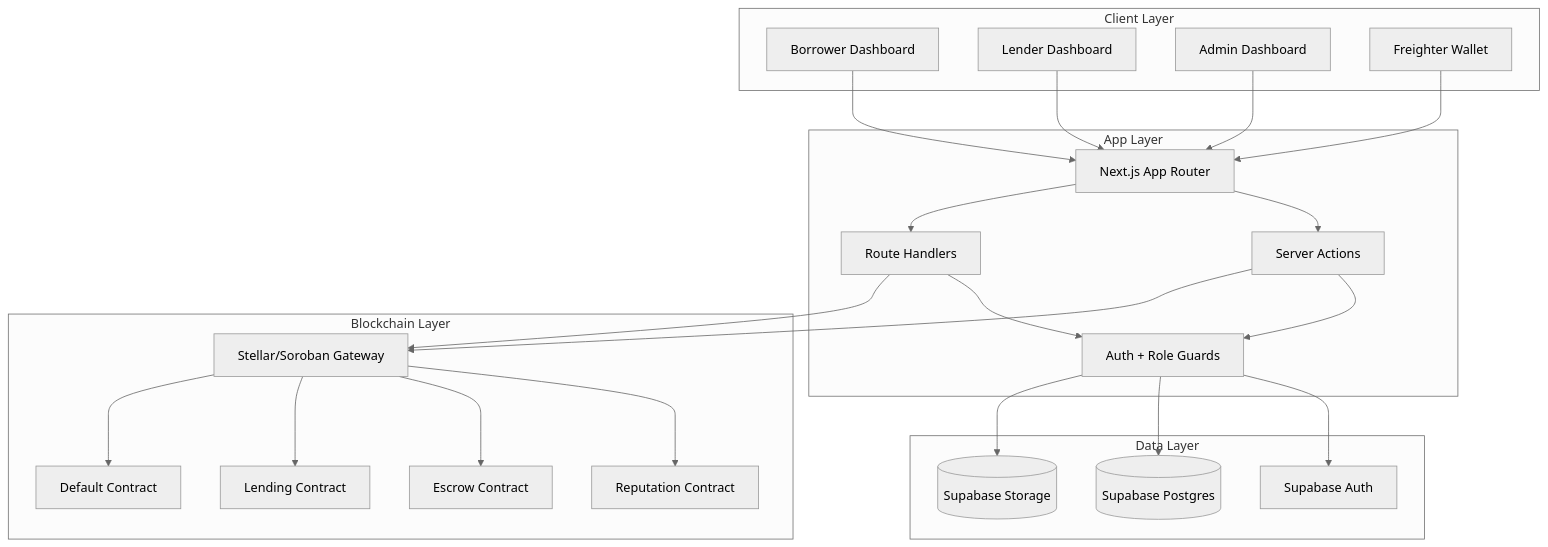
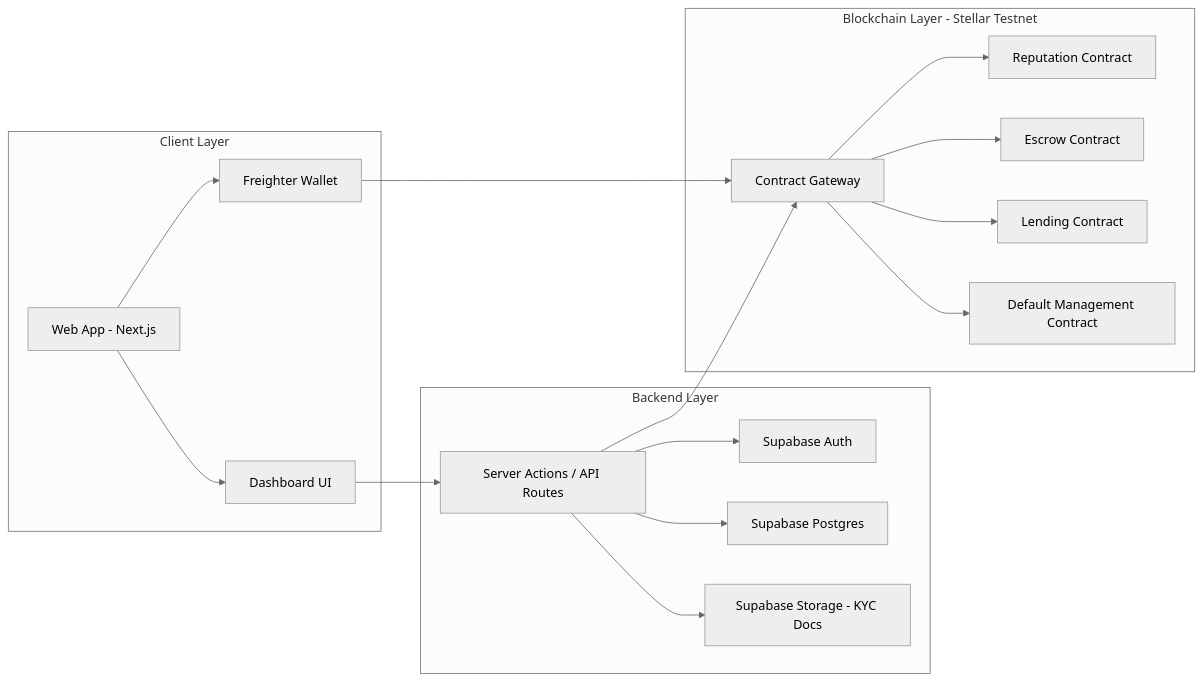
The third of 3 diagrams in README.md (thisisouvik/trustlend-stellar), drawn with Mermaid (neutral theme) before and after one commit. The commit also changed other lines of this file, not shown here.

````diff
--- a/README.md
+++ b/README.md
@@ -87,52 +302,36 @@
 ```mermaid
-graph TB
-    subgraph "Client Layer"
-        Borrower[Borrower Dashboard]
-        Lender[Lender Dashboard]
-        Admin[Admin Dashboard]
-        Wallet[Freighter Wallet]
-    end
+flowchart LR
+   subgraph Client[Client Layer]
+      A1[Web App - Next.js]
+      A2[Freighter Wallet]
+      A3[Dashboard UI]
+   end
 
-    subgraph "App Layer"
-        Next[Next.js App Router]
-        Actions[Server Actions]
-        API[Route Handlers]
-        Guards[Auth + Role Guards]
-    end
+   subgraph Backend[Backend Layer]
+      B0[Server Actions / API Routes]
+      B1[Supabase Auth]
+      B2[Supabase Postgres]
+      B3[Supabase Storage - KYC Docs]
+   end
 
-    subgraph "Data Layer"
-        Auth[Supabase Auth]
-        DB[(Supabase Postgres)]
-        Storage[(Supabase Storage)]
-    end
+   subgraph Chain[Blockchain Layer - Stellar Testnet]
+      C0[Contract Gateway]
+      C1[Reputation Contract]
+      C2[Escrow Contract]
+      C3[Lending Contract]
+      C4[Default Management Contract]
+   end
 
-    subgraph "Blockchain Layer"
-        Gateway[Stellar/Soroban Gateway]
-        Reputation[Reputation Contract]
-        Escrow[Escrow Contract]
-        Lending[Lending Contract]
-        Default[Default Contract]
-    end
-
-    Borrower --> Next
-    Lender --> Next
-    Admin --> Next
-    Wallet --> Next
-
-    Next --> Actions
-    Next --> API
-    Actions --> Guards
-    API --> Guards
-
-    Guards --> Auth
-    Guards --> DB
-    Guards --> Storage
-
-    API --> Gateway
-    Actions --> Gateway
-
-    Gateway --> Reputation
-    Gateway --> Escrow
-    Gateway --> Lending
-    Gateway --> Default
+   A1 --> A3
+   A3 --> B0
+   A1 --> A2
+   B0 --> B1
+   B0 --> B2
+   B0 --> B3
+   B0 --> C0
+   A2 --> C0
+   C0 --> C1
+   C0 --> C2
+   C0 --> C3
+   C0 --> C4
 ```
````
